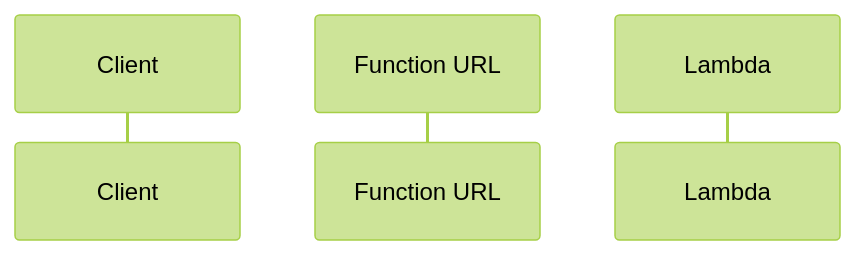
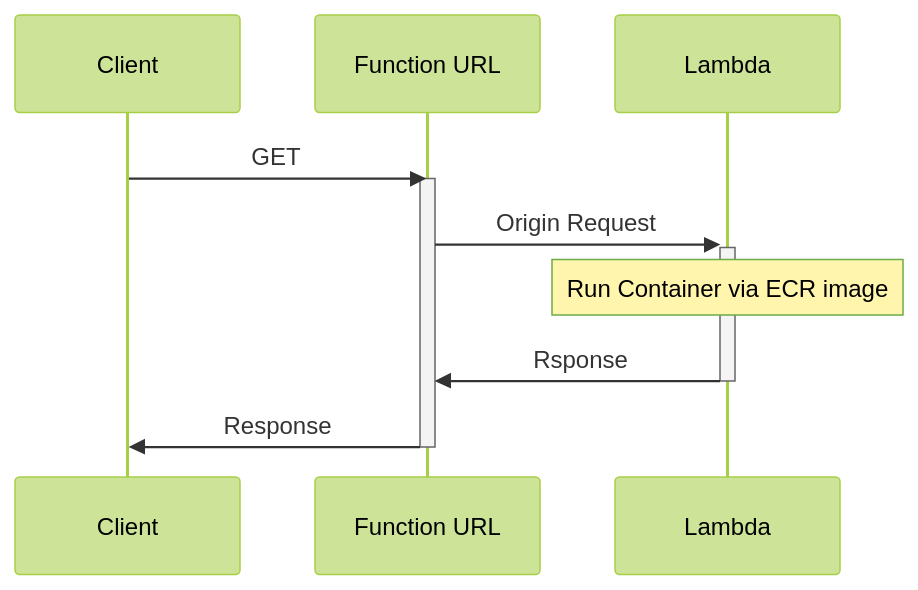
The first of 2 diagrams in README.md (thiskevinwang/mermaid-lambda), drawn with Mermaid (forest theme) before and after one commit.

Commit message:
README: update Minimal diagram

````diff
--- a/README.md
+++ b/README.md
@@ -20,6 +20,14 @@
 ```mermaid
 sequenceDiagram
     participant CL as Client
     participant FU as Function URL
     participant LM as Lambda
+
+    CL->>FU: GET
+    activate FU
+        FU->>+LM: Origin Request
+            Note over LM: Run Container via ECR image
+        LM->>-FU: Rsponse
+        FU->>CL: Response
+    deactivate FU
 ```
````
